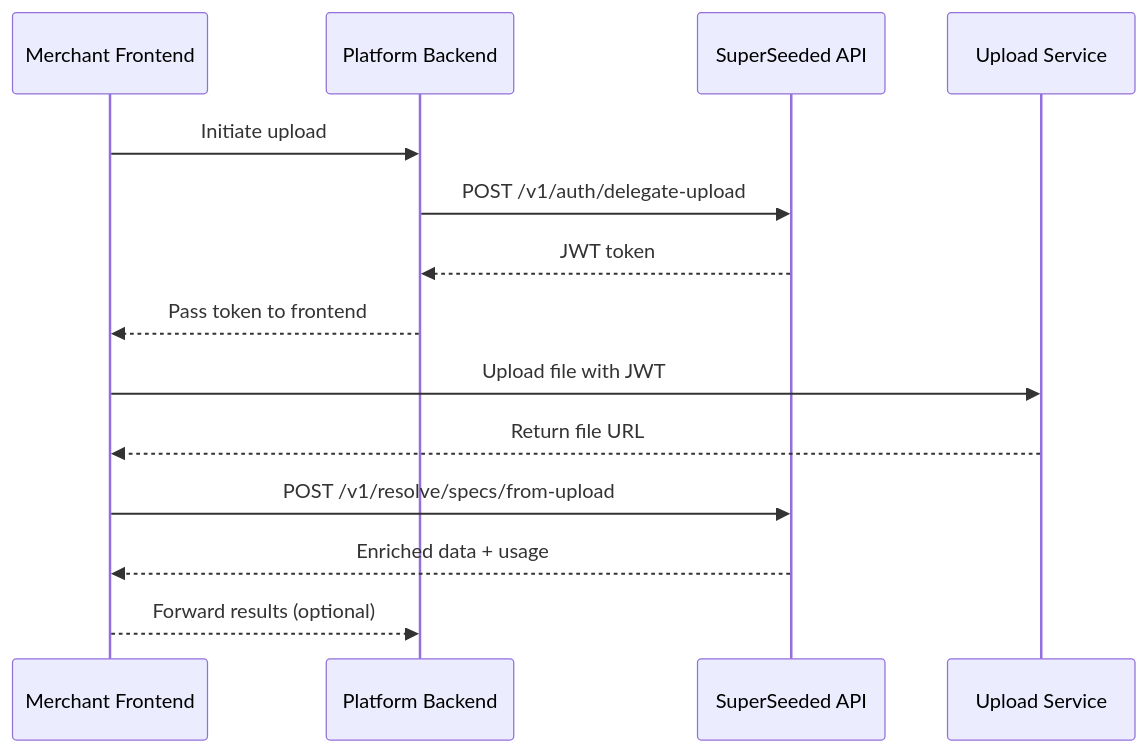
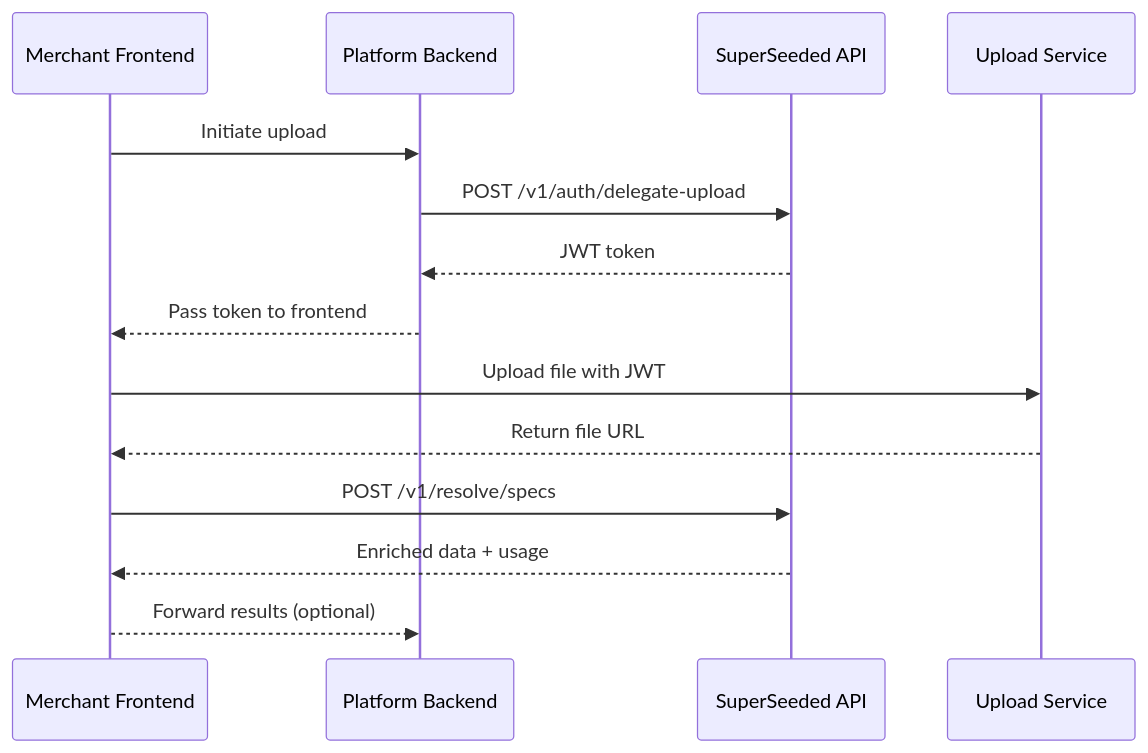
The diagram in platform-integration/overview.mdx (superseeded/docs), drawn with Mermaid before and after one commit. The commit also changed other lines of this file and 9 other files, not shown here.

First line of the commit message:
Refactor resolve-specs endpoint documentation and update integration details

````diff
--- a/platform-integration/overview.mdx
+++ b/platform-integration/overview.mdx
@@ -25,17 +25,17 @@
 ```mermaid
 sequenceDiagram
     participant M as Merchant Frontend
     participant P as Platform Backend
     participant S as SuperSeeded API
     participant U as Upload Service
     
     M->>P: Initiate upload
     P->>S: POST /v1/auth/delegate-upload
     S-->>P: JWT token
     P-->>M: Pass token to frontend
     M->>U: Upload file with JWT
     U-->>M: Return file URL
-    M->>S: POST /v1/resolve/specs/from-upload
+    M->>S: POST /v1/resolve/specs
     S-->>M: Enriched data + usage
     M-->>P: Forward results (optional)
 ```
````
